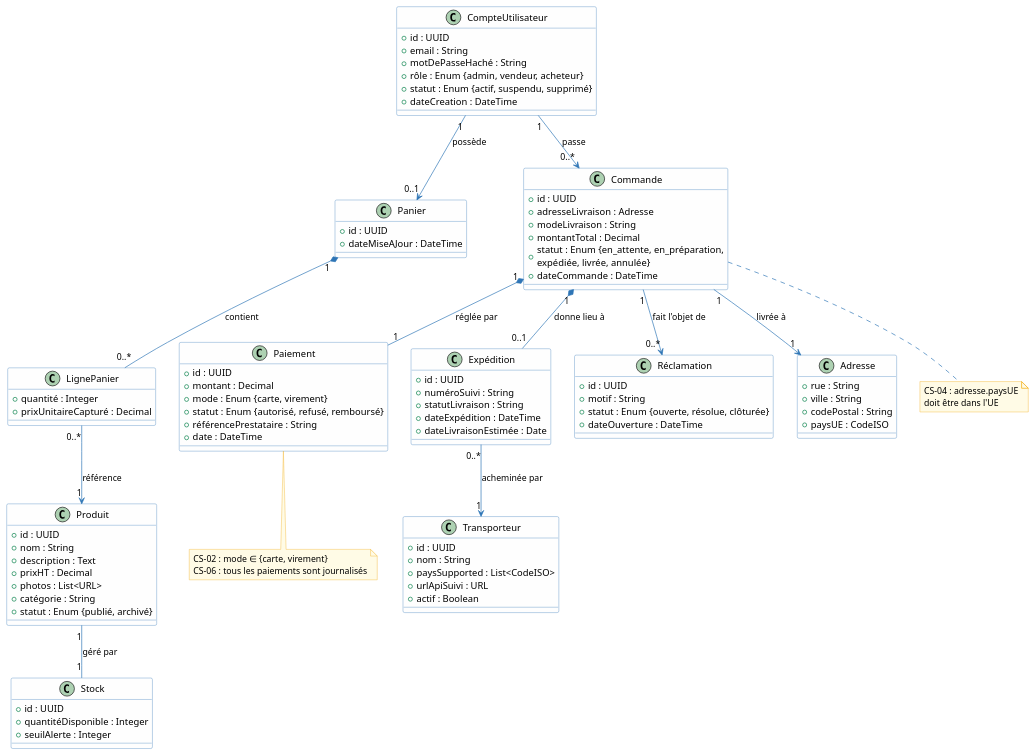
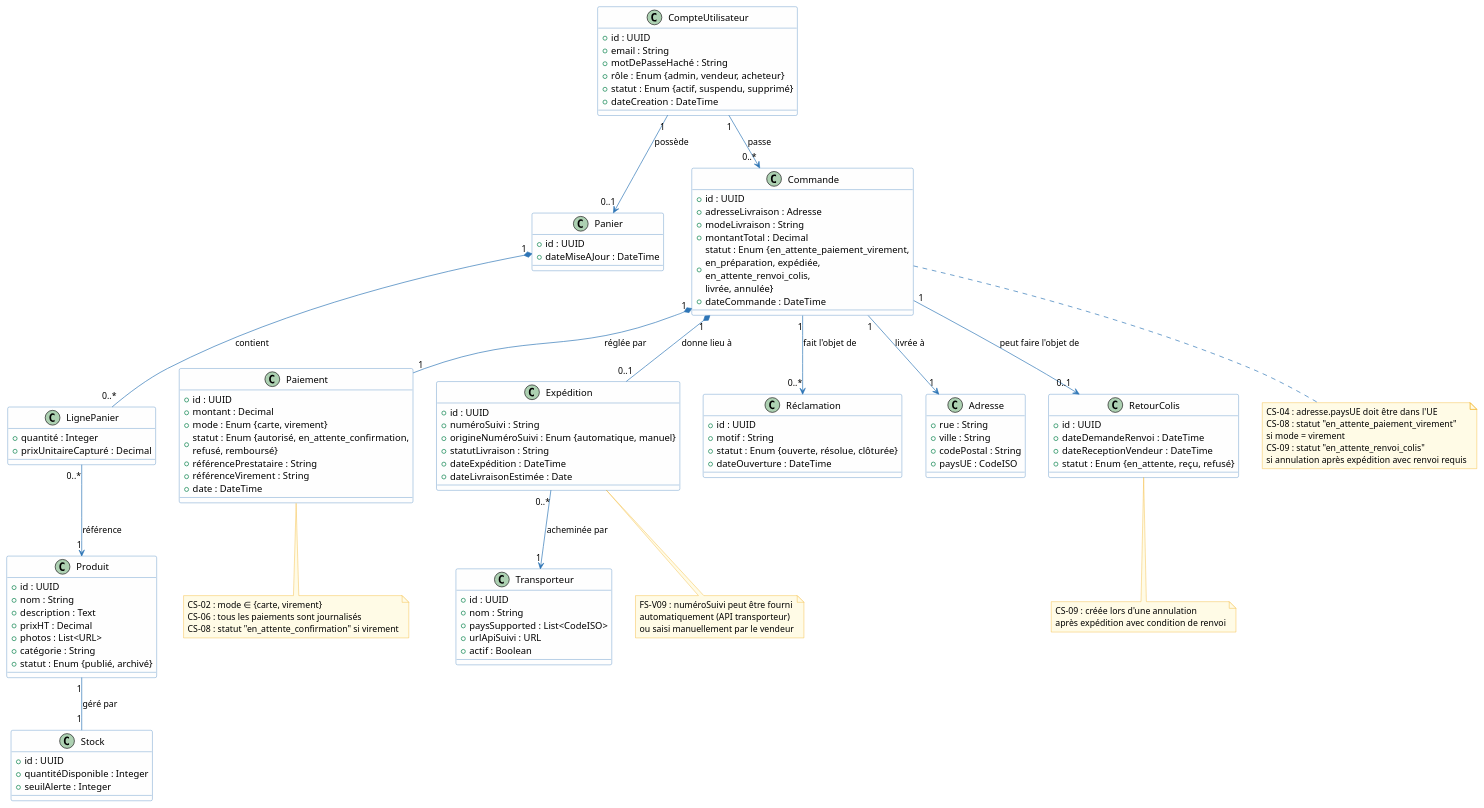
The fourth of 5 diagrams in architecture/2_system_analysis.adoc (louistalvande/online_shop), drawn with PlantUML before and after one commit. The commit also changed other lines of this file, not shown here.

```diff
--- a/architecture/2_system_analysis.adoc
+++ b/architecture/2_system_analysis.adoc
@@ -933,4 +818,4 @@
-[plantuml, sa-classes, svg]
+[plantuml]
 ----
 skinparam classBackgroundColor #FEFEFE
 skinparam classBorderColor #2E75B6
@@ -978,7 +863,7 @@
   + adresseLivraison : Adresse
   + modeLivraison : String
   + montantTotal : Decimal
-  + statut : Enum {en_attente, en_préparation,\nexpédiée, livrée, annulée}
+  + statut : Enum {en_attente_paiement_virement,\nen_préparation, expédiée,\nen_attente_renvoi_colis,\nlivrée, annulée}
   + dateCommande : DateTime
 }
 
@@ -986,14 +871,16 @@
   + id : UUID
   + montant : Decimal
   + mode : Enum {carte, virement}
-  + statut : Enum {autorisé, refusé, remboursé}
+  + statut : Enum {autorisé, en_attente_confirmation,\nrefusé, remboursé}
   + référencePrestataire : String
+  + référenceVirement : String
   + date : DateTime
 }
 
 class Expédition {
   + id : UUID
   + numéroSuivi : String
+  + origineNuméroSuivi : Enum {automatique, manuel}
   + statutLivraison : String
   + dateExpédition : DateTime
   + dateLivraisonEstimée : Date
@@ -1021,6 +908,13 @@
   + paysUE : CodeISO
 }
 
+class RetourColis {
+  + id : UUID
+  + dateDemandeRenvoi : DateTime
+  + dateReceptionVendeur : DateTime
+  + statut : Enum {en_attente, reçu, refusé}
+}
+
 CompteUtilisateur "1" --> "0..1" Panier : possède
 CompteUtilisateur "1" --> "0..*" Commande : passe
 Panier "1" *-- "0..*" LignePanier : contient
@@ -1030,15 +924,31 @@
 Commande "1" *-- "0..1" Expédition : donne lieu à
 Commande "1" --> "0..*" Réclamation : fait l'objet de
 Commande "1" --> "1" Adresse : livrée à
+Commande "1" --> "0..1" RetourColis : peut faire l'objet de
 Expédition "0..*" --> "1" Transporteur : acheminée par
 
 note bottom of Commande
-  CS-04 : adresse.paysUE
-  doit être dans l'UE
+  CS-04 : adresse.paysUE doit être dans l'UE
+  CS-08 : statut "en_attente_paiement_virement"
+  si mode = virement
+  CS-09 : statut "en_attente_renvoi_colis"
+  si annulation après expédition avec renvoi requis
 end note
 
 note bottom of Paiement
   CS-02 : mode ∈ {carte, virement}
   CS-06 : tous les paiements sont journalisés
+  CS-08 : statut "en_attente_confirmation" si virement
+end note
+
+note bottom of Expédition
+  FS-V09 : numéroSuivi peut être fourni
+  automatiquement (API transporteur)
+  ou saisi manuellement par le vendeur
+end note
+
+note bottom of RetourColis
+  CS-09 : créée lors d'une annulation
+  après expédition avec condition de renvoi
 end note
 ----
```
